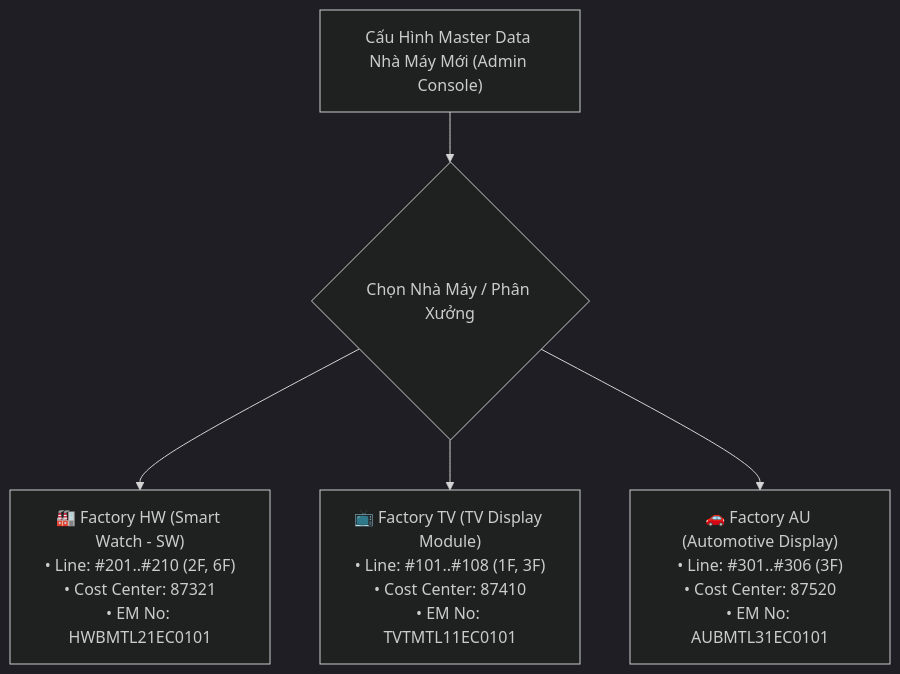
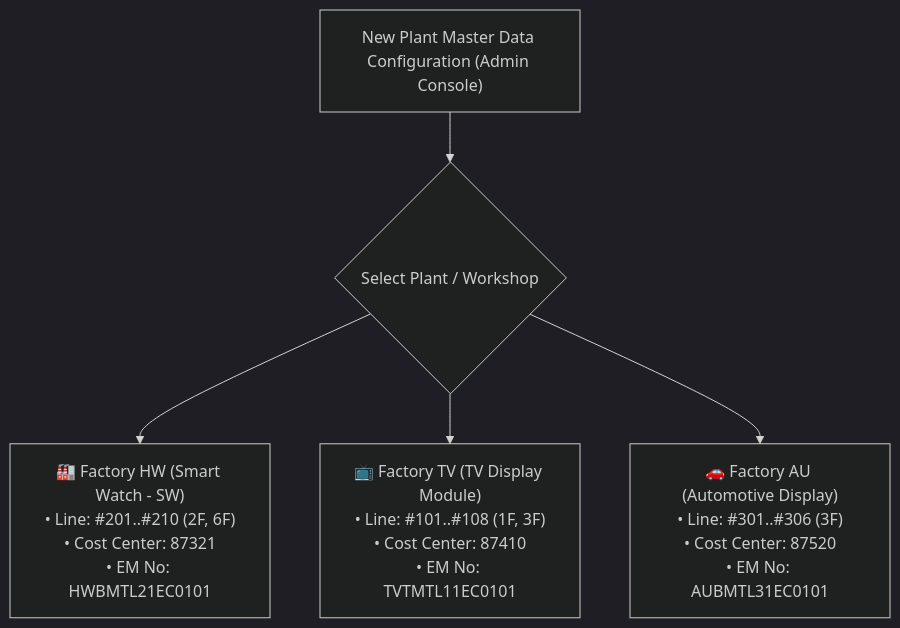
The diagram in procurement-system/01-master-data-and-ebom/01-organization-and-plant-hierarchy.md (longphamduc-vn/ops-workflow), drawn with Mermaid (dark theme) before and after one commit. The commit also changed other lines of this file and 28 other files, not shown here.

````diff
--- a/procurement-system/01-master-data-and-ebom/01-organization-and-plant-hierarchy.md
+++ b/procurement-system/01-master-data-and-ebom/01-organization-and-plant-hierarchy.md
@@ -97,8 +97,8 @@
 ```mermaid
 flowchart TD
-    Config["Cấu Hình Master Data Nhà Máy Mới (Admin Console)"] --> PlantSelector{"Chọn Nhà Máy / Phân Xưởng"}
+    Config["New Plant Master Data Configuration (Admin Console)"] --> PlantSelector{"Select Plant / Workshop"}
     
     PlantSelector --> FactoryHW["🏭 Factory HW (Smart Watch - SW)\n• Line: #201..#210 (2F, 6F)\n• Cost Center: 87321\n• EM No: HWBMTL21EC0101"]
     PlantSelector --> FactoryTV["📺 Factory TV (TV Display Module)\n• Line: #101..#108 (1F, 3F)\n• Cost Center: 87410\n• EM No: TVTMTL11EC0101"]
     PlantSelector --> FactoryAuto["🚗 Factory AU (Automotive Display)\n• Line: #301..#306 (3F)\n• Cost Center: 87520\n• EM No: AUBMTL31EC0101"]
 ```
````
